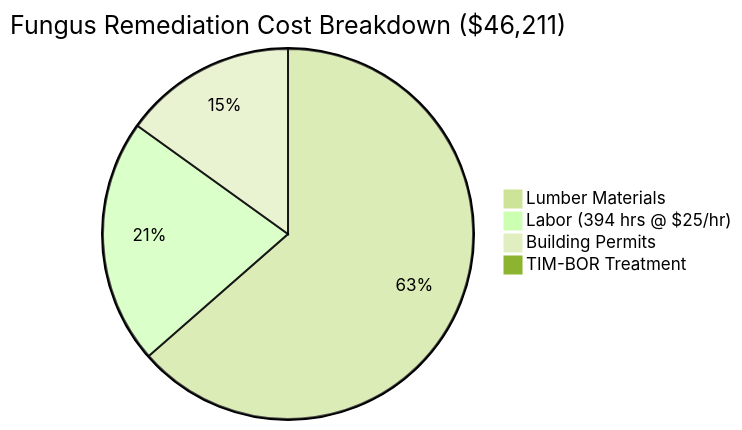
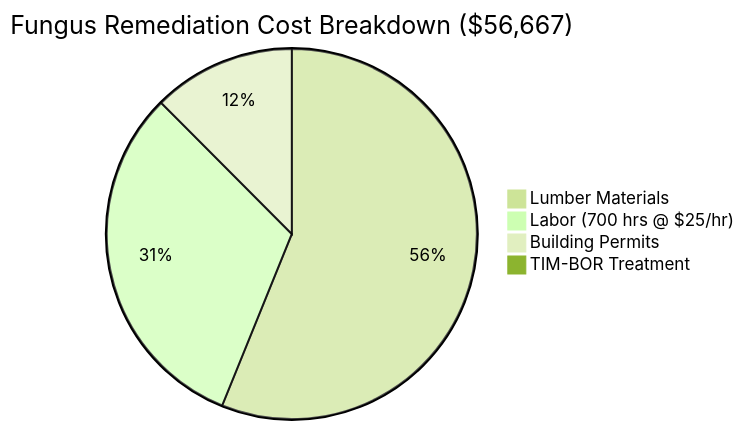
Before and after one commit to escapereason/Santa-Ray: the diagram in planning/detailed-cost-breakdown.md, drawn with Mermaid (forest theme). The commit also changed other lines of this file and 32 other files, not shown here.

First line of the commit message:
feat(planning): Comprehensive labor hours analysis and cost revision

````diff
--- a/planning/detailed-cost-breakdown.md
+++ b/planning/detailed-cost-breakdown.md
@@ -32,7 +40,7 @@
 ```mermaid
-pie title Fungus Remediation Cost Breakdown ($46,211)
-    "Lumber Materials" : 29291
-    "Labor (394 hrs @ $25/hr)" : 9850
+pie title Fungus Remediation Cost Breakdown ($56,667)
+    "Lumber Materials" : 31294
+    "Labor (700 hrs @ $25/hr)" : 17500
     "Building Permits" : 6950
     "TIM-BOR Treatment" : 120
 ```
````
